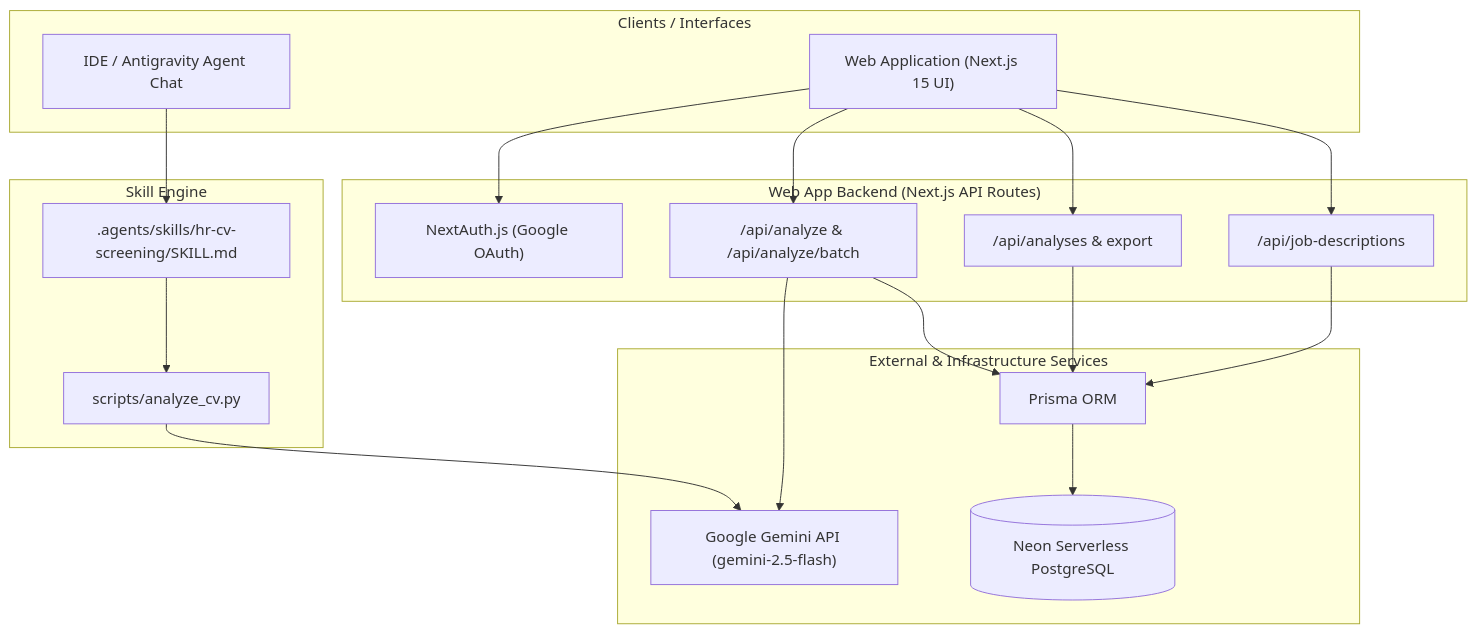
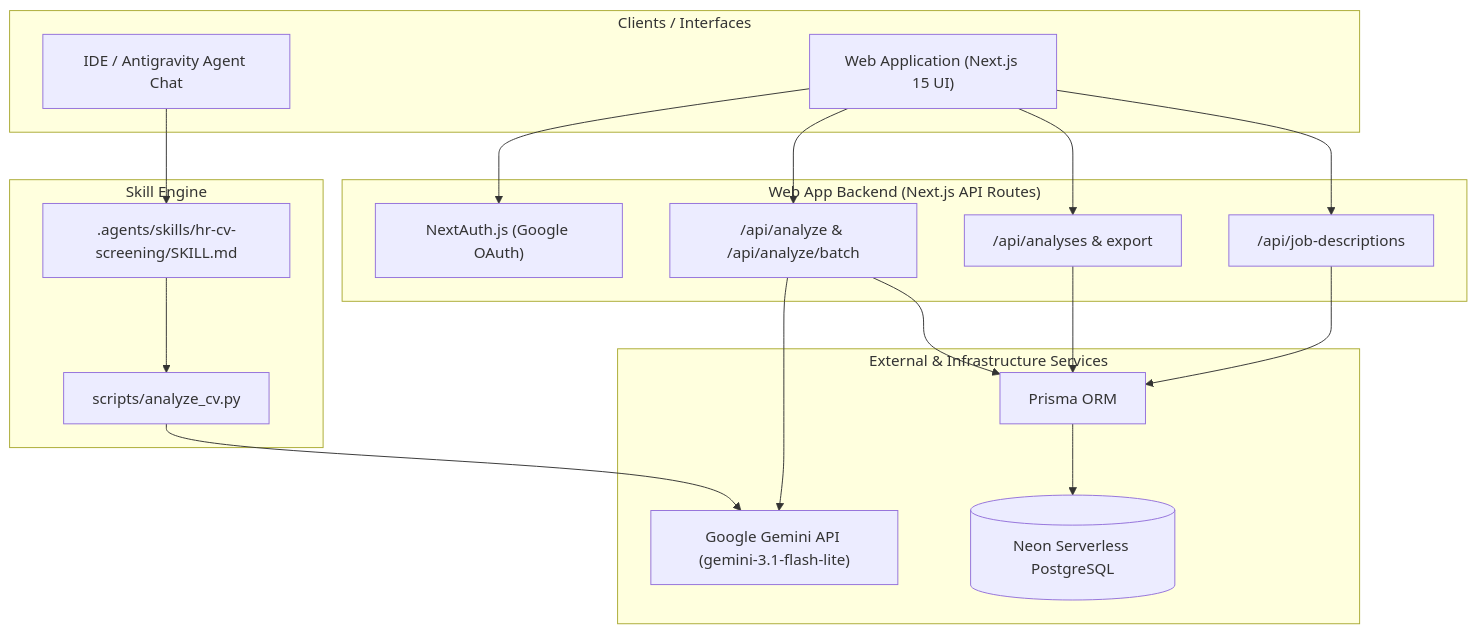
The first of 2 diagrams in docs/architecture.md (Nhthuando/HiLab-HR), drawn with Mermaid before and after one commit. The commit also changed other lines of this file and 16 other files, not shown here.

Commit message:
change model 2.5flash to 3.1 flash lite

````diff
--- a/docs/architecture.md
+++ b/docs/architecture.md
@@ -13,41 +13,41 @@
 ```mermaid
 graph TD
     subgraph "Clients / Interfaces"
         IDE["IDE / Antigravity Agent Chat"]
         WebUI["Web Application (Next.js 15 UI)"]
     end
 
     subgraph "Skill Engine"
         SkillSpec[".agents/skills/hr-cv-screening/SKILL.md"]
         PyScript["scripts/analyze_cv.py"]
     end
 
     subgraph "Web App Backend (Next.js API Routes)"
         Auth["NextAuth.js (Google OAuth)"]
         AnalyzeRoute["/api/analyze & /api/analyze/batch"]
         AnalysesRoute["/api/analyses & export"]
         JDRoute["/api/job-descriptions"]
     end
 
     subgraph "External & Infrastructure Services"
-        GeminiAPI["Google Gemini API (gemini-2.5-flash)"]
+        GeminiAPI["Google Gemini API (gemini-3.1-flash-lite)"]
         NeonDB[("Neon Serverless PostgreSQL")]
         PrismaORM["Prisma ORM"]
     end
 
     %% Client Interactions
     IDE --> SkillSpec
     SkillSpec --> PyScript
     PyScript --> GeminiAPI
 
     WebUI --> Auth
     WebUI --> AnalyzeRoute
     WebUI --> AnalysesRoute
     WebUI --> JDRoute
 
     AnalyzeRoute --> GeminiAPI
     AnalyzeRoute --> PrismaORM
     AnalysesRoute --> PrismaORM
     JDRoute --> PrismaORM
     PrismaORM --> NeonDB
 ```
````
